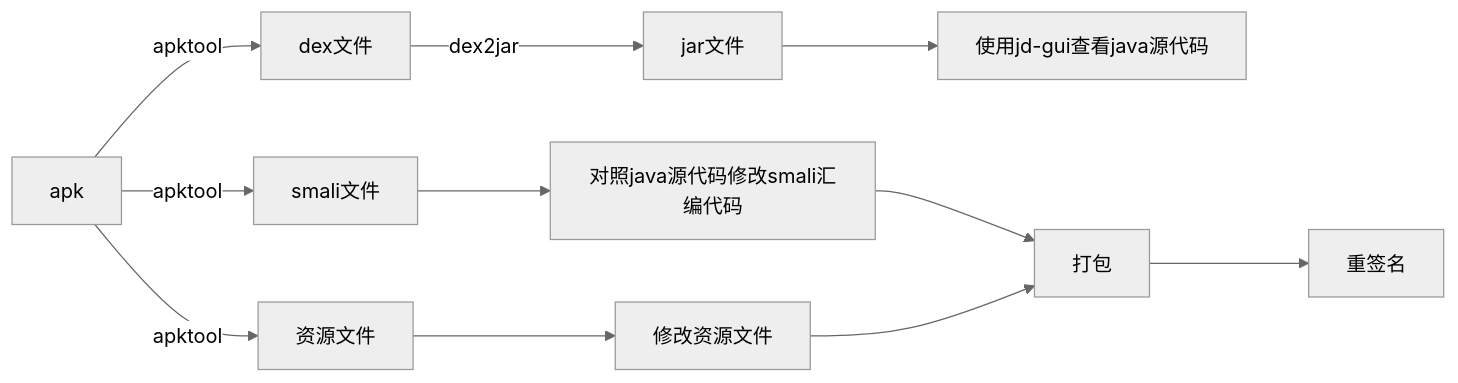
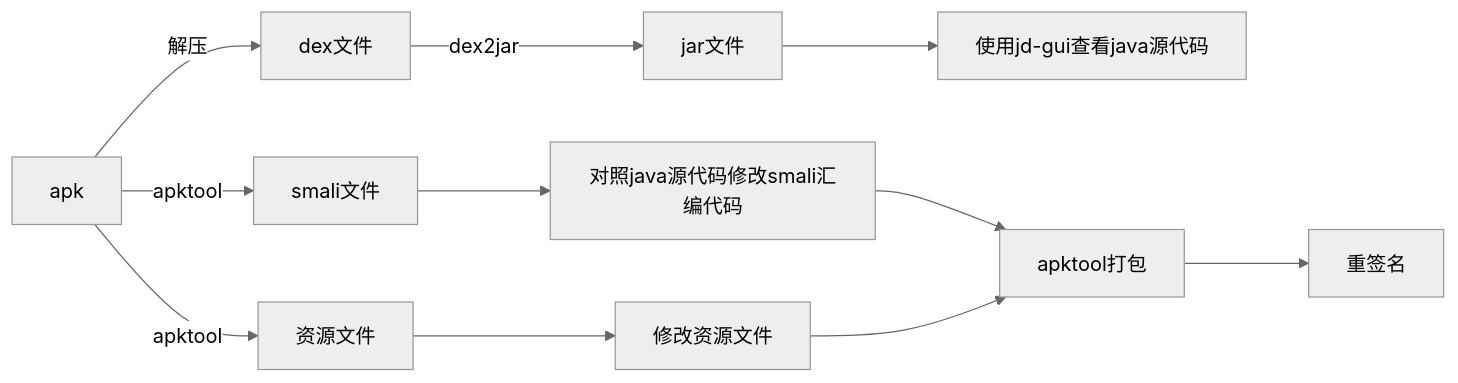
One commit to Afauria/Afauria.github.io changed the diagram in source/_posts/android/2021-11-04-Android打包和反编译.md. Above: the diagram before and after it, drawn with Mermaid (neutral theme). The commit also changed other lines of this file and 2 other files, not shown here.

Commit message:
小的修改补充

````diff
--- a/source/_posts/android/2021-11-04-Android打包和反编译.md
+++ b/source/_posts/android/2021-11-04-Android打包和反编译.md
@@ -80,6 +80,6 @@
 ```mermaid
 graph LR
-apk--apktool-->dex文件--dex2jar-->jar文件-->使用jd-gui查看java源代码
-apk--apktool-->smali文件-->对照java源代码修改smali汇编代码-->打包-->重签名
-apk--apktool-->资源文件-->修改资源文件-->打包
+apk--解压-->dex文件--dex2jar-->jar文件-->使用jd-gui查看java源代码
+apk--apktool-->smali文件-->对照java源代码修改smali汇编代码-->apktool打包-->重签名
+apk--apktool-->资源文件-->修改资源文件-->apktool打包
 ```
````
